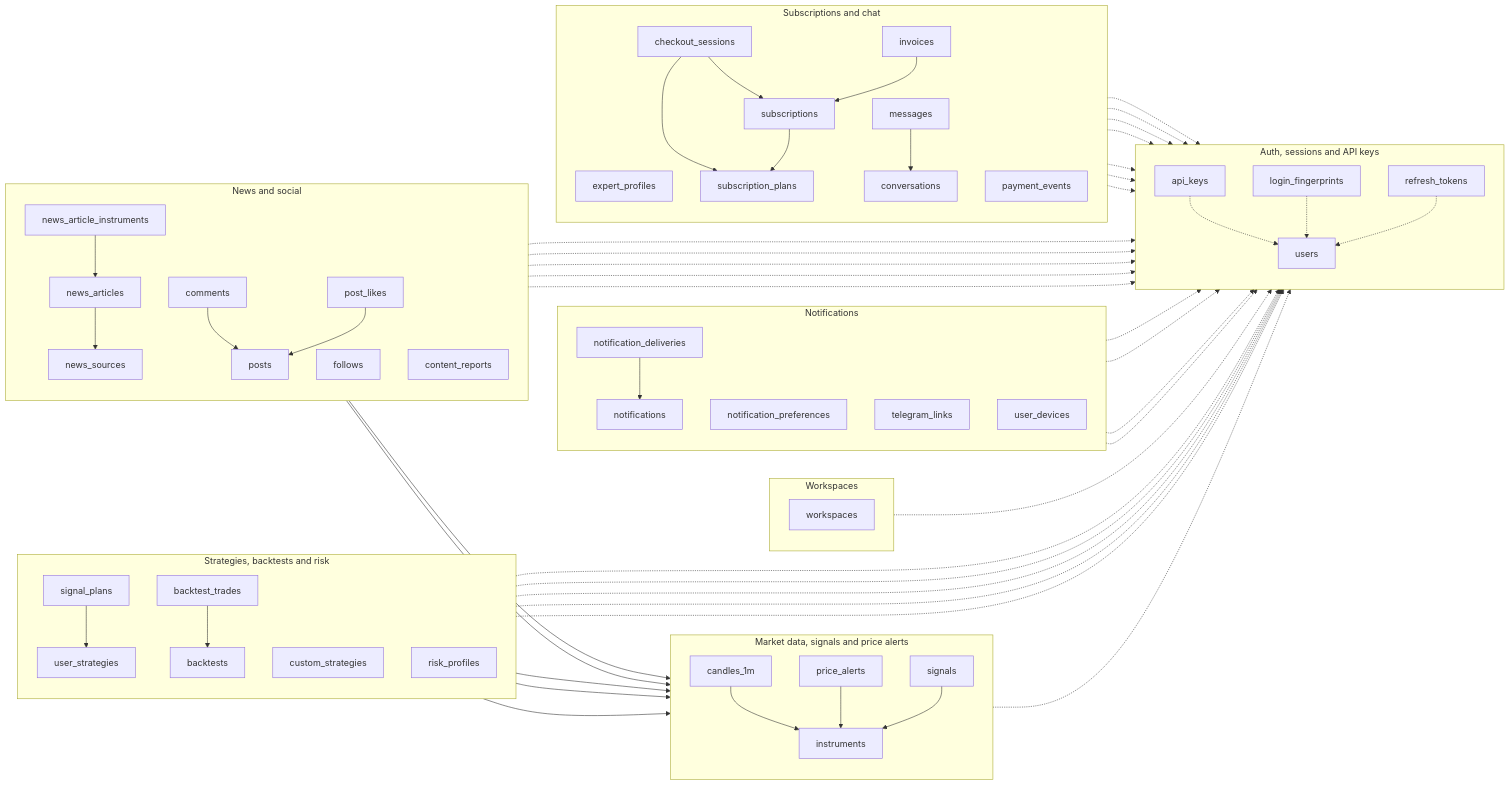
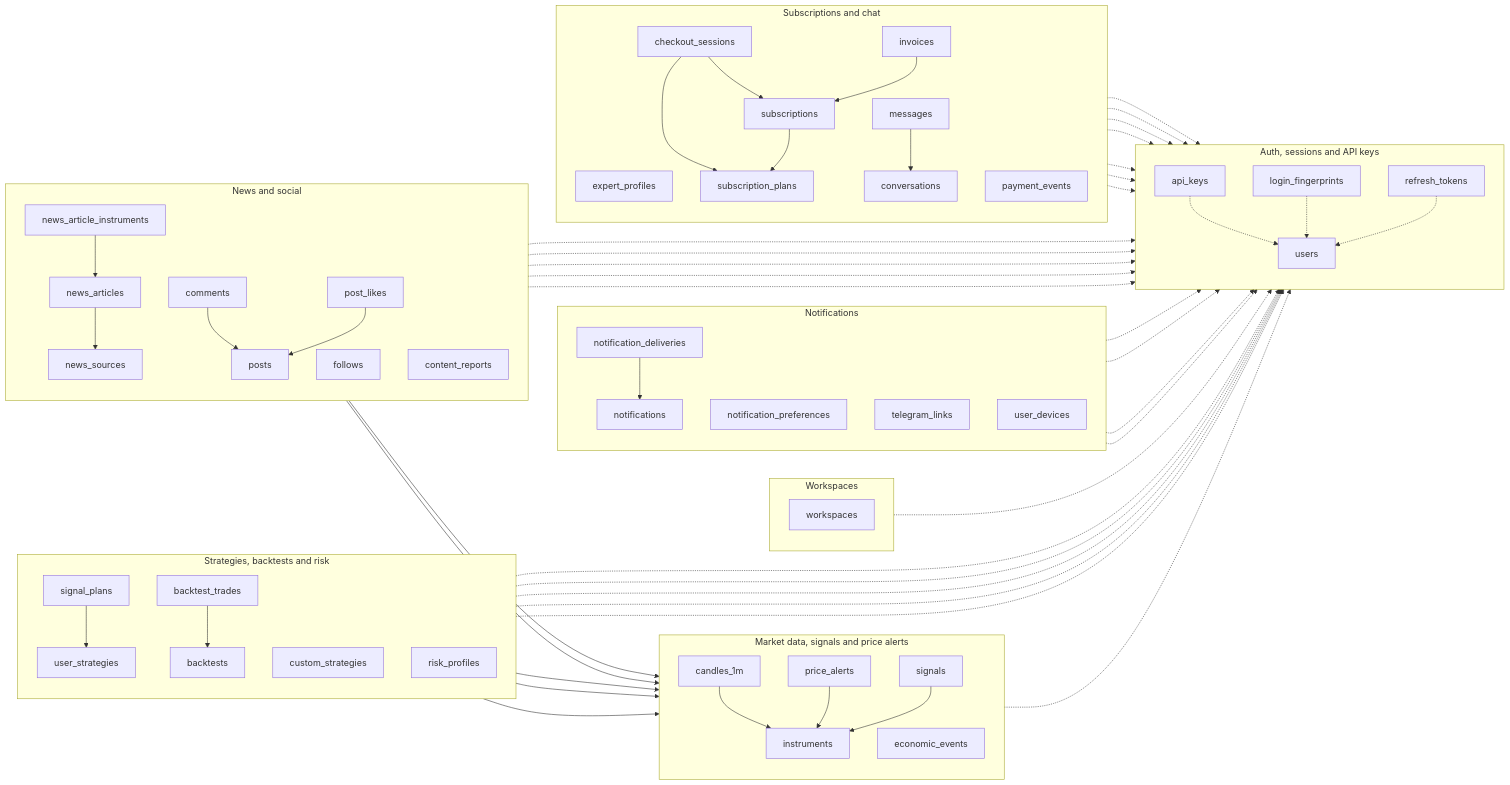
The diagram in docs/erd/mmd/overview.mmd (yazan-alsamman/ai-trading-analysis-system), drawn with Mermaid before and after one commit. The commit also changed 20 other files, not shown here.

```diff
--- a/docs/erd/mmd/overview.mmd
+++ b/docs/erd/mmd/overview.mmd
@@ -1,104 +1,105 @@
 flowchart LR
     subgraph domain_auth["Auth, sessions and API keys"]
         direction TB
         users[users]
         refresh_tokens[refresh_tokens]
         api_keys[api_keys]
         login_fingerprints[login_fingerprints]
     end
     subgraph domain_market["Market data, signals and price alerts"]
         direction TB
         instruments[instruments]
         candles_1m[candles_1m]
         signals[signals]
         price_alerts[price_alerts]
+        economic_events[economic_events]
     end
     subgraph domain_strategies["Strategies, backtests and risk"]
         direction TB
         user_strategies[user_strategies]
         custom_strategies[custom_strategies]
         backtests[backtests]
         backtest_trades[backtest_trades]
         risk_profiles[risk_profiles]
         signal_plans[signal_plans]
     end
     subgraph domain_workspaces["Workspaces"]
         direction TB
         workspaces[workspaces]
     end
     subgraph domain_notifications["Notifications"]
         direction TB
         notifications[notifications]
         notification_deliveries[notification_deliveries]
         notification_preferences[notification_preferences]
         telegram_links[telegram_links]
         user_devices[user_devices]
     end
     subgraph domain_social["News and social"]
         direction TB
         news_sources[news_sources]
         news_articles[news_articles]
         news_article_instruments[news_article_instruments]
         posts[posts]
         comments[comments]
         post_likes[post_likes]
         follows[follows]
         content_reports[content_reports]
     end
     subgraph domain_subscriptions["Subscriptions and chat"]
         direction TB
         expert_profiles[expert_profiles]
         subscription_plans[subscription_plans]
         subscriptions[subscriptions]
         invoices[invoices]
         checkout_sessions[checkout_sessions]
         payment_events[payment_events]
         conversations[conversations]
         messages[messages]
     end
     api_keys -.-> users
     backtest_trades --> backtests
     backtests --> instruments
     backtests -.-> users
     candles_1m --> instruments
     checkout_sessions --> subscription_plans
     checkout_sessions --> subscriptions
     checkout_sessions -.-> users
     comments --> posts
     comments -.-> users
     content_reports -.-> users
     conversations -.-> users
     custom_strategies -.-> users
     expert_profiles -.-> users
     follows -.-> users
     invoices --> subscriptions
     invoices -.-> users
     login_fingerprints -.-> users
     messages --> conversations
     messages -.-> users
     news_article_instruments --> instruments
     news_article_instruments --> news_articles
     news_articles --> news_sources
     notification_deliveries --> notifications
     notification_preferences -.-> users
     notifications -.-> users
     post_likes --> posts
     post_likes -.-> users
     posts --> instruments
     posts -.-> users
     price_alerts --> instruments
     price_alerts -.-> users
     refresh_tokens -.-> users
     risk_profiles -.-> users
     signal_plans --> signals
     signal_plans --> user_strategies
     signal_plans -.-> users
     signals --> instruments
     subscription_plans -.-> users
     subscriptions --> subscription_plans
     subscriptions -.-> users
     telegram_links -.-> users
     user_devices -.-> users
     user_strategies --> instruments
     user_strategies -.-> users
     workspaces -.-> users
```
